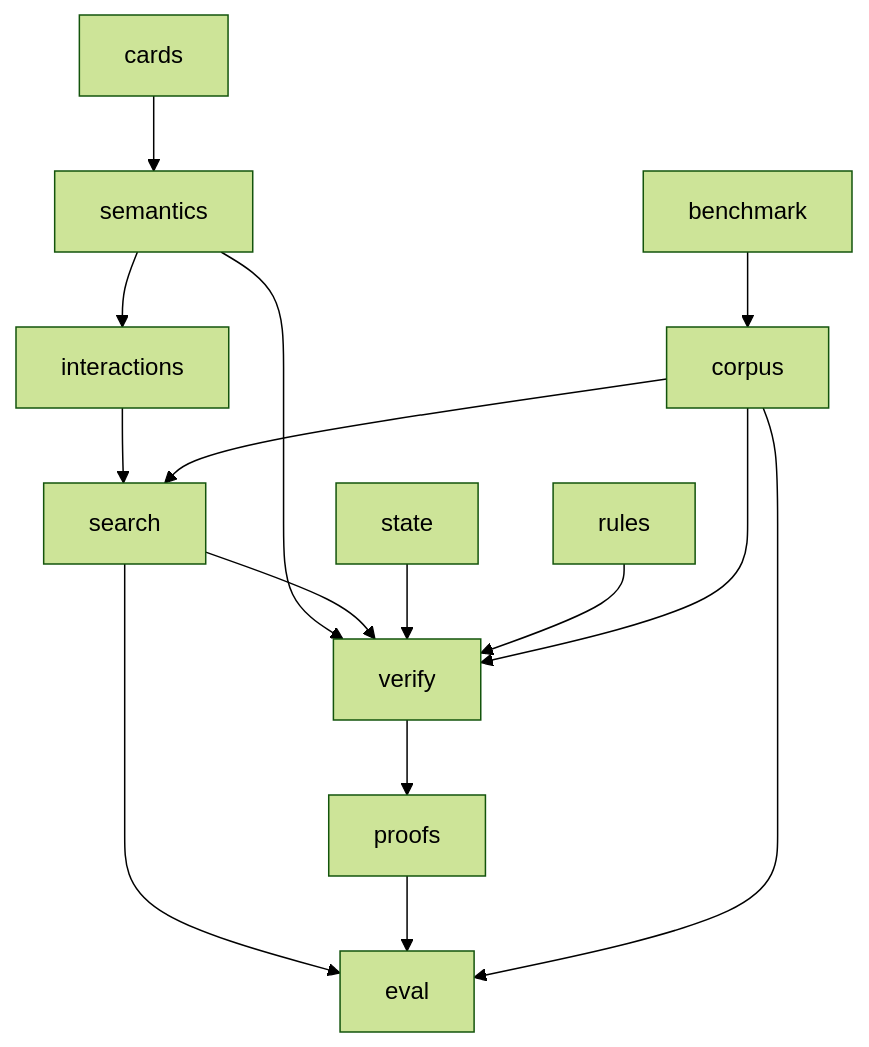
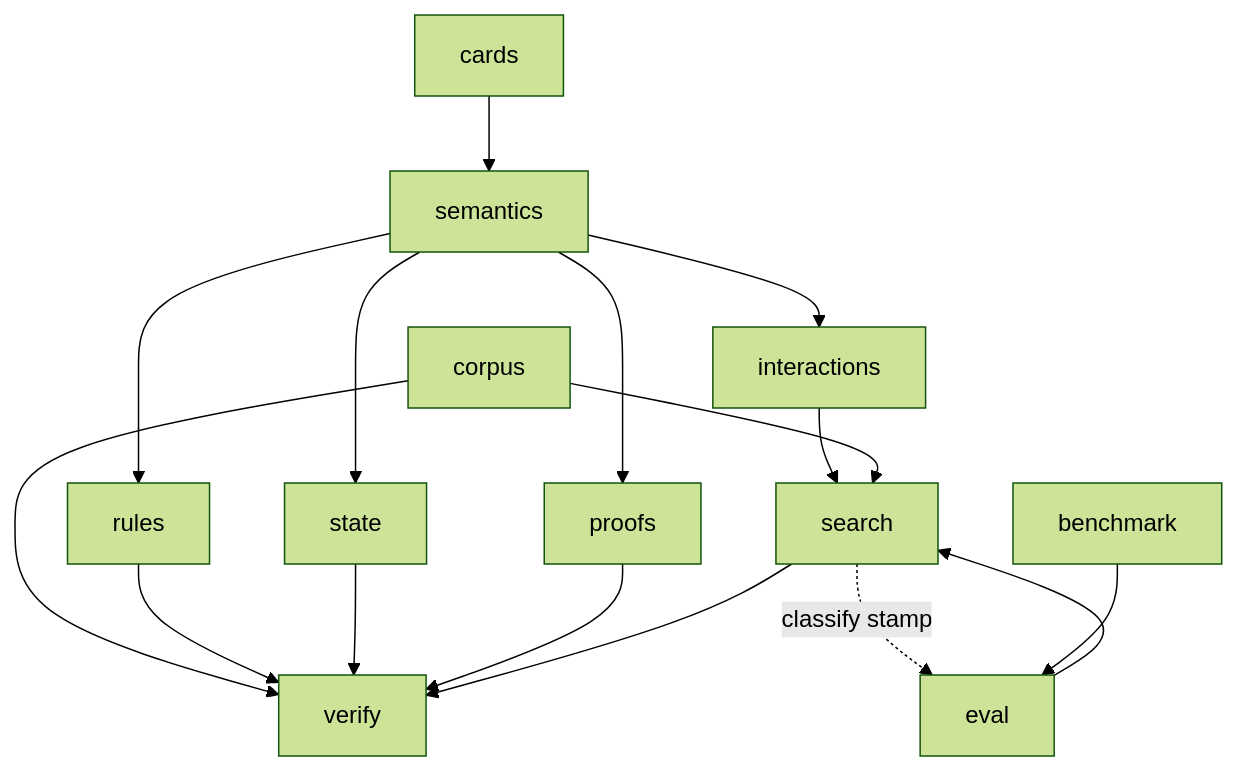
One commit to witzbeck/mtg-loop-engine changed the diagram in src/mtg_loop_engine/README.md. Above: the diagram before and after it, drawn with Mermaid (forest theme). The commit also changed other lines of this file and 65 other files, not shown here.

````diff
--- a/src/mtg_loop_engine/README.md
+++ b/src/mtg_loop_engine/README.md
@@ -9,17 +11,18 @@
 ```mermaid
 graph TB;
   cards[cards] --> semantics[semantics];
-  semantics --> verify[verify];
   semantics --> interactions[interactions];
+  semantics --> rules[rules];
+  semantics --> state[state];
+  semantics --> proofs[proofs];
   interactions --> search[search];
+  corpus[corpus] --> search;
+  corpus --> verify[verify];
+  rules --> verify;
+  state --> verify;
+  proofs --> verify;
   search --> verify;
-  state[state] --> verify;
-  rules[rules] --> verify;
-  verify --> proofs[proofs];
-  corpus[corpus] --> verify;
-  corpus --> search;
-  search --> evalPkg[eval];
-  proofs --> evalPkg;
-  corpus --> evalPkg;
-  benchmark[benchmark] --> corpus;
+  search -.->|classify stamp| evalPkg[eval];
+  evalPkg --> search;
+  benchmark[benchmark] --> evalPkg;
 ```
````
